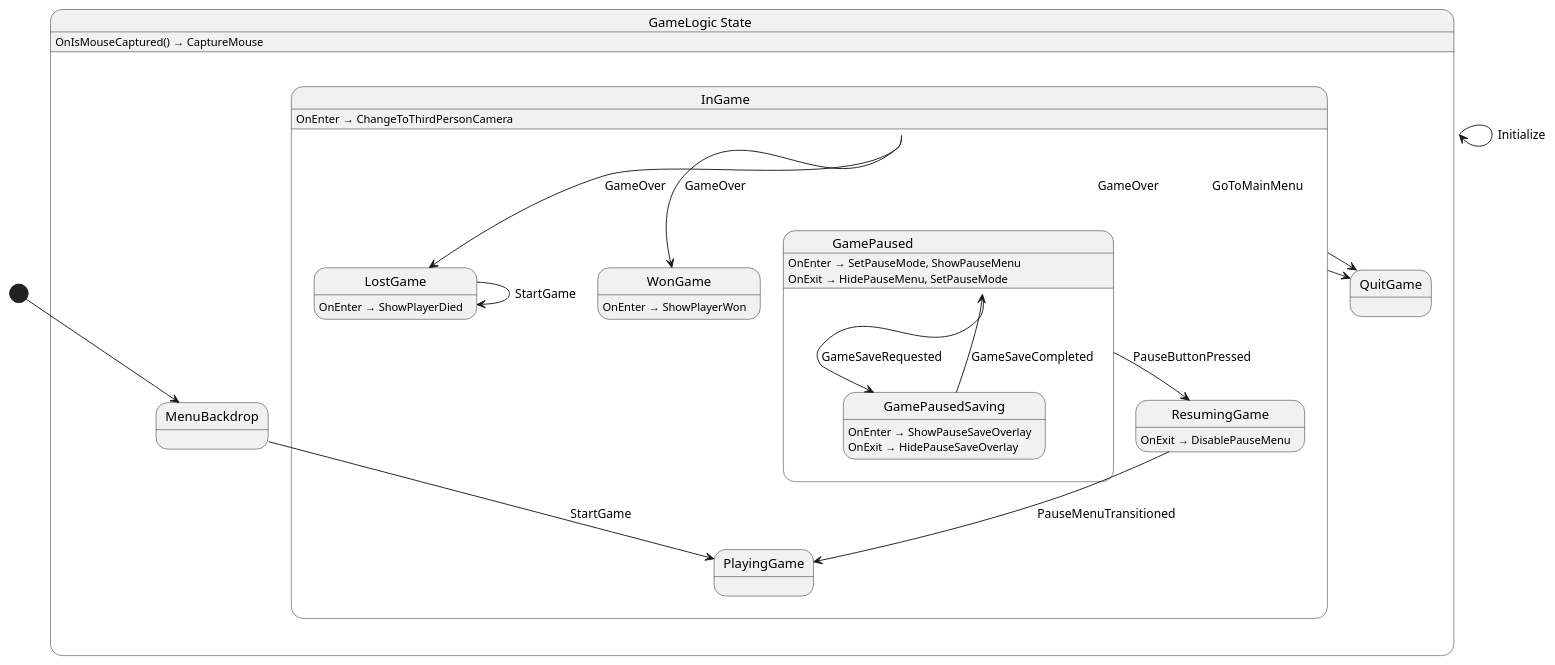
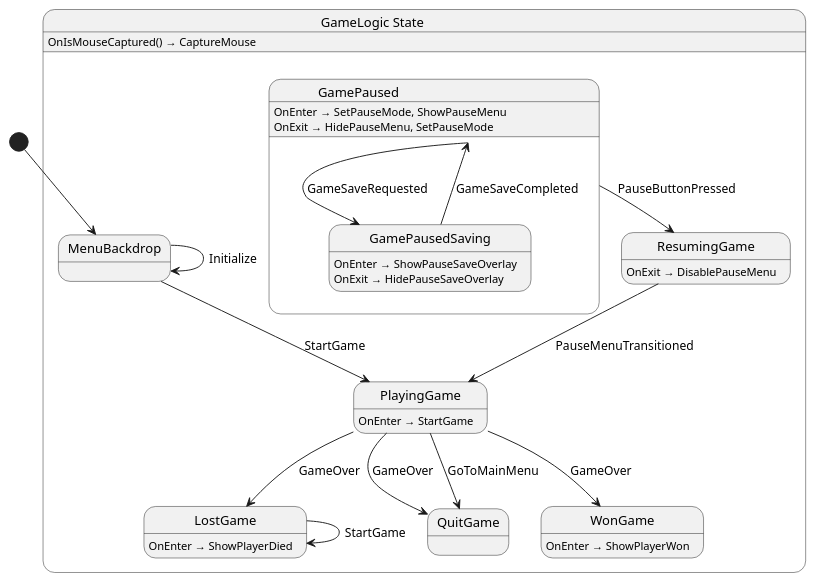
Before and after one commit to chickensoft-games/GameDemo: the diagram in src/game/state/GameLogic.g.puml, drawn with PlantUML. The commit also changed 9 other files, not shown here.

Commit message:
refactor: playing game state

```diff
--- a/src/game/state/GameLogic.g.puml
+++ b/src/game/state/GameLogic.g.puml
@@ -1,42 +1,41 @@
 @startuml GameLogic
 state "GameLogic State" as GameDemo_GameLogic_State {
-  state "InGame" as GameDemo_GameLogic_State_InGame {
-    state "GamePaused" as GameDemo_GameLogic_State_GamePaused {
-      state "GamePausedSaving" as GameDemo_GameLogic_State_GamePausedSaving {
-        GameDemo_GameLogic_State_GamePausedSaving : OnEnter → ShowPauseSaveOverlay
-        GameDemo_GameLogic_State_GamePausedSaving : OnExit → HidePauseSaveOverlay
-      }
-      GameDemo_GameLogic_State_GamePaused : OnEnter → SetPauseMode, ShowPauseMenu
-      GameDemo_GameLogic_State_GamePaused : OnExit → HidePauseMenu, SetPauseMode
+  state "GamePaused" as GameDemo_GameLogic_State_GamePaused {
+    state "GamePausedSaving" as GameDemo_GameLogic_State_GamePausedSaving {
+      GameDemo_GameLogic_State_GamePausedSaving : OnEnter → ShowPauseSaveOverlay
+      GameDemo_GameLogic_State_GamePausedSaving : OnExit → HidePauseSaveOverlay
     }
-    state "LostGame" as GameDemo_GameLogic_State_LostGame {
-      GameDemo_GameLogic_State_LostGame : OnEnter → ShowPlayerDied
-    }
-    state "PlayingGame" as GameDemo_GameLogic_State_PlayingGame
-    state "ResumingGame" as GameDemo_GameLogic_State_ResumingGame {
-      GameDemo_GameLogic_State_ResumingGame : OnExit → DisablePauseMenu
-    }
-    state "WonGame" as GameDemo_GameLogic_State_WonGame {
-      GameDemo_GameLogic_State_WonGame : OnEnter → ShowPlayerWon
-    }
-    GameDemo_GameLogic_State_InGame : OnEnter → ChangeToThirdPersonCamera
+    GameDemo_GameLogic_State_GamePaused : OnEnter → SetPauseMode, ShowPauseMenu
+    GameDemo_GameLogic_State_GamePaused : OnExit → HidePauseMenu, SetPauseMode
+  }
+  state "LostGame" as GameDemo_GameLogic_State_LostGame {
+    GameDemo_GameLogic_State_LostGame : OnEnter → ShowPlayerDied
   }
   state "MenuBackdrop" as GameDemo_GameLogic_State_MenuBackdrop
+  state "PlayingGame" as GameDemo_GameLogic_State_PlayingGame {
+    GameDemo_GameLogic_State_PlayingGame : OnEnter → StartGame
+  }
   state "QuitGame" as GameDemo_GameLogic_State_QuitGame
+  state "ResumingGame" as GameDemo_GameLogic_State_ResumingGame {
+    GameDemo_GameLogic_State_ResumingGame : OnExit → DisablePauseMenu
+  }
+  state "WonGame" as GameDemo_GameLogic_State_WonGame {
+    GameDemo_GameLogic_State_WonGame : OnEnter → ShowPlayerWon
+  }
   GameDemo_GameLogic_State : OnIsMouseCaptured() → CaptureMouse
 }
 
-GameDemo_GameLogic_State --> GameDemo_GameLogic_State : Initialize
 GameDemo_GameLogic_State_GamePaused --> GameDemo_GameLogic_State_GamePausedSaving : GameSaveRequested
 GameDemo_GameLogic_State_GamePaused --> GameDemo_GameLogic_State_ResumingGame : PauseButtonPressed
 GameDemo_GameLogic_State_GamePausedSaving --> GameDemo_GameLogic_State_GamePaused : GameSaveCompleted
-GameDemo_GameLogic_State_InGame --> GameDemo_GameLogic_State_LostGame : GameOver
-GameDemo_GameLogic_State_InGame --> GameDemo_GameLogic_State_QuitGame : GameOver
-GameDemo_GameLogic_State_InGame --> GameDemo_GameLogic_State_QuitGame : GoToMainMenu
-GameDemo_GameLogic_State_InGame --> GameDemo_GameLogic_State_WonGame : GameOver
 GameDemo_GameLogic_State_LostGame --> GameDemo_GameLogic_State_LostGame : StartGame
+GameDemo_GameLogic_State_MenuBackdrop --> GameDemo_GameLogic_State_MenuBackdrop : Initialize
 GameDemo_GameLogic_State_MenuBackdrop --> GameDemo_GameLogic_State_PlayingGame : StartGame
+GameDemo_GameLogic_State_PlayingGame --> GameDemo_GameLogic_State_LostGame : GameOver
+GameDemo_GameLogic_State_PlayingGame --> GameDemo_GameLogic_State_QuitGame : GameOver
+GameDemo_GameLogic_State_PlayingGame --> GameDemo_GameLogic_State_QuitGame : GoToMainMenu
+GameDemo_GameLogic_State_PlayingGame --> GameDemo_GameLogic_State_WonGame : GameOver
 GameDemo_GameLogic_State_ResumingGame --> GameDemo_GameLogic_State_PlayingGame : PauseMenuTransitioned
 
 [*] --> GameDemo_GameLogic_State_MenuBackdrop
 @enduml
```
